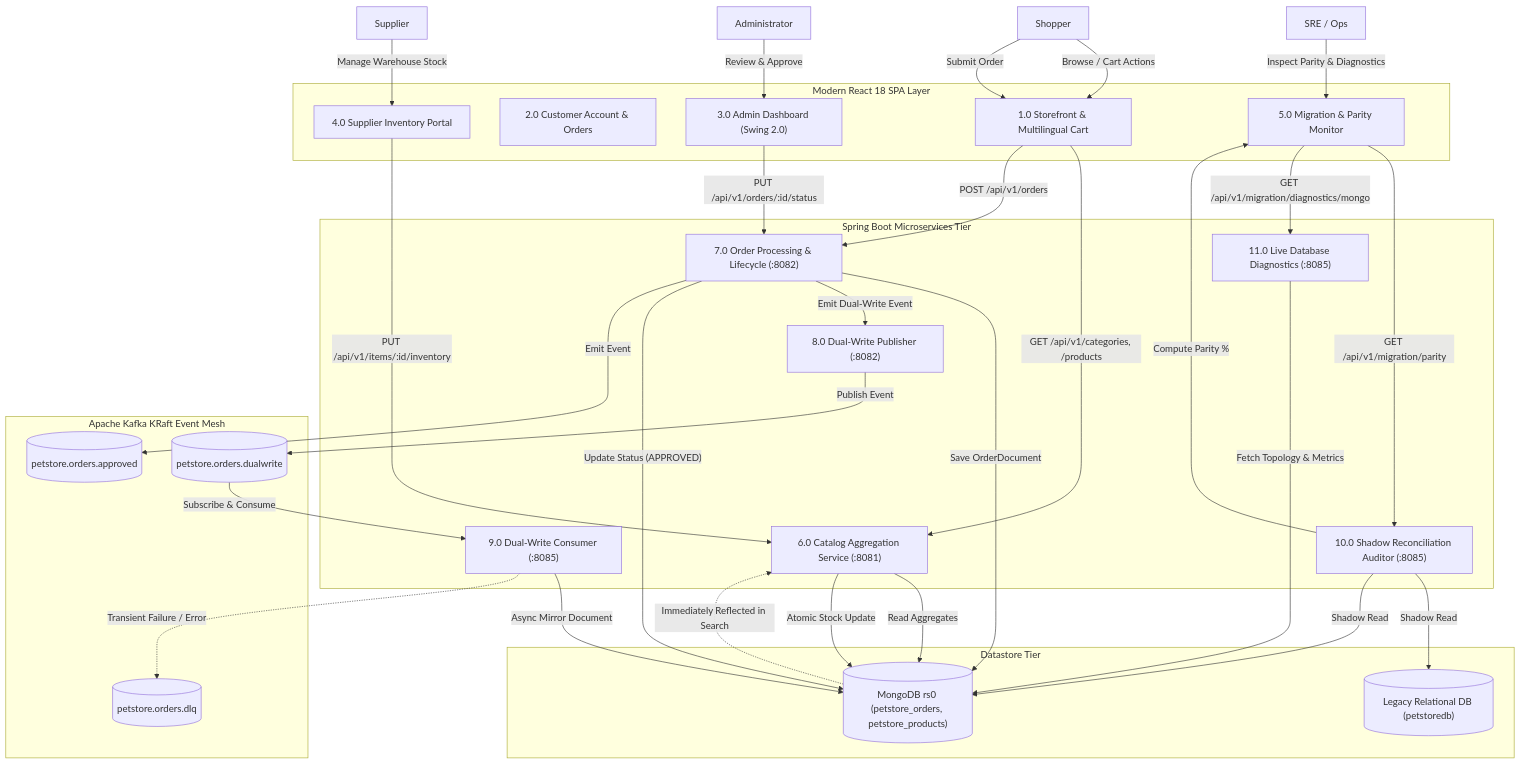
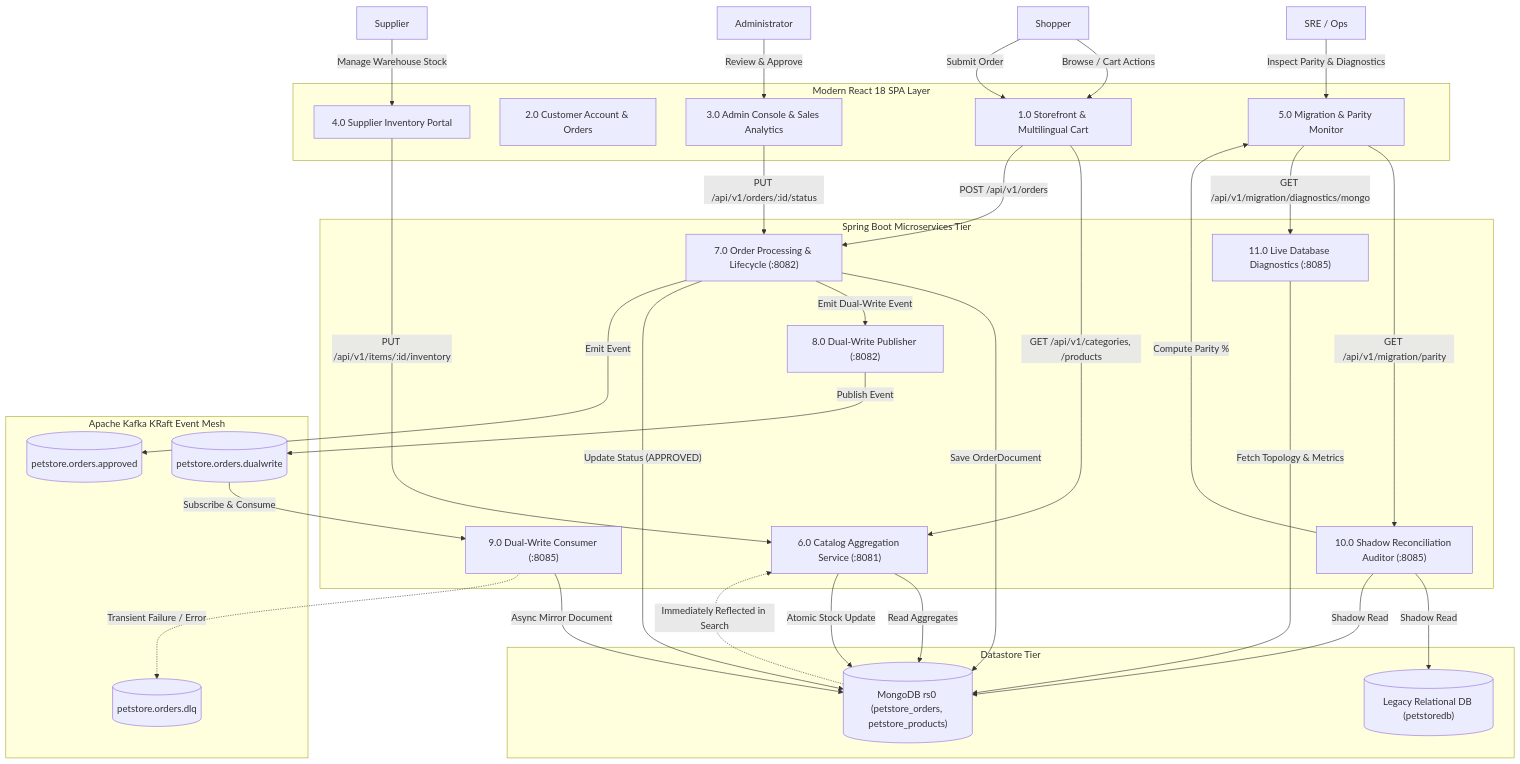
One commit to deepeshgodara/petstore-migration changed the fifth of 5 diagrams in wiki/Modern-High-Level-Design.md. Above: the diagram before and after it, drawn with Mermaid. The commit also changed 9 other files, not shown here.

````diff
--- a/wiki/Modern-High-Level-Design.md
+++ b/wiki/Modern-High-Level-Design.md
@@ -250,68 +250,68 @@
 ```mermaid
 flowchart TB
     Shopper["Shopper"]
     Admin["Administrator"]
     Supplier["Supplier"]
     SRE["SRE / Ops"]
 
     subgraph Frontend["Modern React 18 SPA Layer"]
         F1["1.0 Storefront & Multilingual Cart"]
         F2["2.0 Customer Account & Orders"]
-        F3["3.0 Admin Dashboard (Swing 2.0)"]
+        F3["3.0 Admin Console & Sales Analytics"]
         F4["4.0 Supplier Inventory Portal"]
         F5["5.0 Migration & Parity Monitor"]
     end
 
     subgraph BackendServices["Spring Boot Microservices Tier"]
         S1["6.0 Catalog Aggregation Service (:8081)"]
         S2["7.0 Order Processing & Lifecycle (:8082)"]
         S3["8.0 Dual-Write Publisher (:8082)"]
         S4["9.0 Dual-Write Consumer (:8085)"]
         S5["10.0 Shadow Reconciliation Auditor (:8085)"]
         S6["11.0 Live Database Diagnostics (:8085)"]
     end
 
     subgraph EventStreaming["Apache Kafka KRaft Event Mesh"]
         Q_DW[("petstore.orders.dualwrite")]
         Q_APP[("petstore.orders.approved")]
         Q_DLQ[("petstore.orders.dlq")]
     end
 
     subgraph Persistence["Datastore Tier"]
         DB_MONGO[("MongoDB rs0 (petstore_orders, petstore_products)")]
         DB_LEGACY[("Legacy Relational DB (petstoredb)")]
     end
 
     %% User Interactions
     Shopper -->|"Browse / Cart Actions"| F1
     F1 -->|"GET /api/v1/categories, /products"| S1
     S1 -->|"Read Aggregates"| DB_MONGO
 
     Shopper -->|"Submit Order"| F1
     F1 -->|"POST /api/v1/orders"| S2
     S2 -->|"Save OrderDocument"| DB_MONGO
     S2 -->|"Emit Dual-Write Event"| S3
     S3 -->|"Publish Event"| Q_DW
 
     Q_DW -->|"Subscribe & Consume"| S4
     S4 -->|"Async Mirror Document"| DB_MONGO
     S4 -.->|"Transient Failure / Error"| Q_DLQ
 
     Admin -->|"Review & Approve"| F3
     F3 -->|"PUT /api/v1/orders/:id/status"| S2
     S2 -->|"Update Status (APPROVED)"| DB_MONGO
     S2 -->|"Emit Event"| Q_APP
 
     Supplier -->|"Manage Warehouse Stock"| F4
     F4 -->|"PUT /api/v1/items/:id/inventory"| S1
     S1 -->|"Atomic Stock Update"| DB_MONGO
     DB_MONGO -.->|"Immediately Reflected in Search"| S1
 
     SRE -->|"Inspect Parity & Diagnostics"| F5
     F5 -->|"GET /api/v1/migration/parity"| S5
     S5 -->|"Shadow Read"| DB_LEGACY
     S5 -->|"Shadow Read"| DB_MONGO
     S5 -->|"Compute Parity %"| F5
     F5 -->|"GET /api/v1/migration/diagnostics/mongo"| S6
     S6 -->|"Fetch Topology & Metrics"| DB_MONGO
 ```
````
